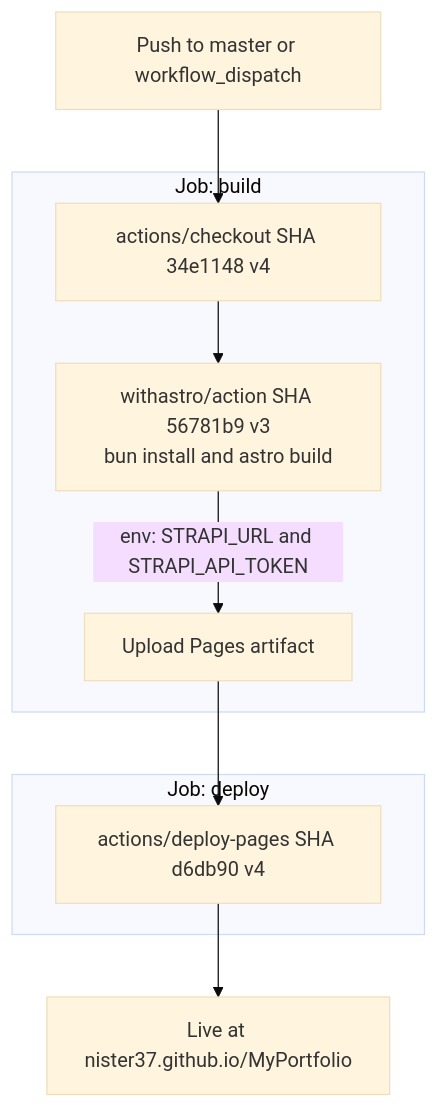
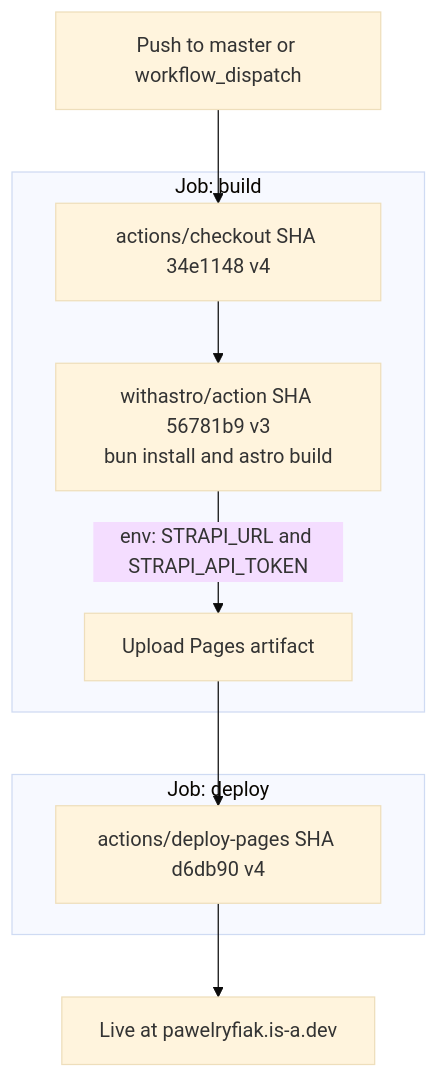
Before and after one commit to Nister37/MyPortfolio: the sixth of 6 diagrams in README.md, drawn with Mermaid (base theme). The commit also changed other lines of this file and 48 other files, not shown here.

````diff
--- a/README.md
+++ b/README.md
@@ -271,14 +303,14 @@
 ```mermaid
 flowchart TD
     A["Push to master or workflow_dispatch"] --> B
     subgraph job_build["Job: build"]
         B["actions/checkout SHA 34e1148 v4"]
         B --> C["withastro/action SHA 56781b9 v3\nbun install and astro build"]
         C -->|"env: STRAPI_URL and STRAPI_API_TOKEN"| D["Upload Pages artifact"]
     end
     D --> E
     subgraph job_deploy["Job: deploy"]
         E["actions/deploy-pages SHA d6db90 v4"]
     end
-    E --> F["Live at nister37.github.io/MyPortfolio"]
+    E --> F["Live at pawelryfiak.is-a.dev"]
 ```
````
